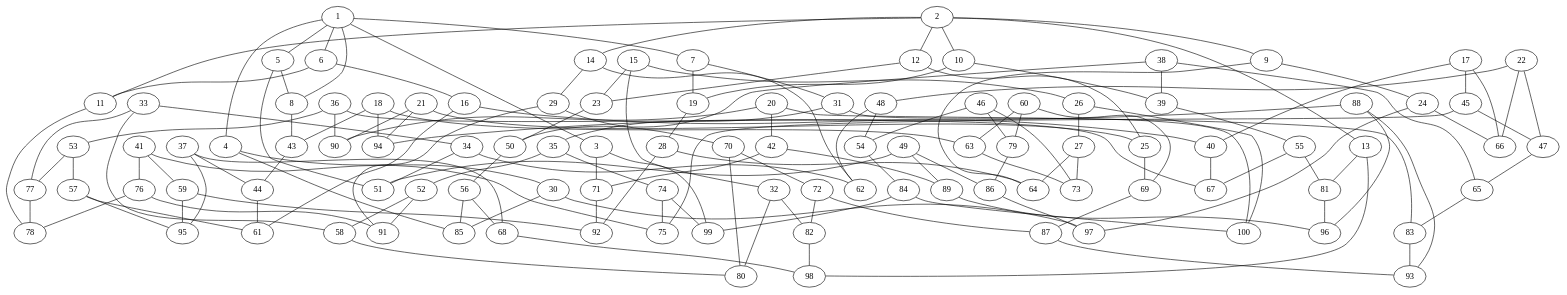
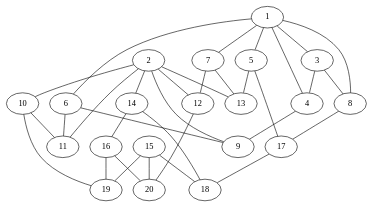
One commit to markusju/ava-u2 changed the diagram in file.dot. Above: the diagram before and after it, drawn with Graphviz. The commit also changed 9 other files, not shown here.

```diff
--- a/file.dot
+++ b/file.dot
@@ -1,155 +1,35 @@
 graph G {
-9 -- 24;
-81 -- 96;
-32 -- 80;
-32 -- 82;
-41 -- 59;
-65 -- 83;
-17 -- 40;
-33 -- 58;
-17 -- 45;
-26 -- 27;
-74 -- 75;
-41 -- 75;
-41 -- 76;
-49 -- 86;
-50 -- 56;
-57 -- 95;
+10 -- 11;
+14 -- 16;
+6 -- 9;
+16 -- 19;
+14 -- 18;
+16 -- 20;
+4 -- 9;
+6 -- 11;
 2 -- 9;
 2 -- 10;
-49 -- 89;
+12 -- 20;
 2 -- 11;
+8 -- 17;
 10 -- 19;
-24 -- 97;
 2 -- 12;
 2 -- 13;
 2 -- 14;
-25 -- 69;
-33 -- 77;
-82 -- 98;
-17 -- 66;
-34 -- 51;
-58 -- 80;
-9 -- 64;
-18 -- 43;
-74 -- 99;
-34 -- 62;
-10 -- 39;
-42 -- 71;
-43 -- 44;
-19 -- 28;
-83 -- 93;
-18 -- 63;
-42 -- 89;
-35 -- 52;
-59 -- 92;
-76 -- 78;
-60 -- 63;
-59 -- 95;
-27 -- 64;
-52 -- 58;
-35 -- 74;
-60 -- 69;
-26 -- 100;
-12 -- 23;
-18 -- 94;
-12 -- 25;
-27 -- 73;
-76 -- 91;
-84 -- 99;
-84 -- 100;
-36 -- 53;
-44 -- 61;
-60 -- 79;
-20 -- 42;
-4 -- 30;
-68 -- 98;
-36 -- 67;
-77 -- 78;
-45 -- 47;
-5 -- 8;
-11 -- 78;
-3 -- 71;
-21 -- 25;
-28 -- 64;
-53 -- 57;
-37 -- 44;
-52 -- 91;
-69 -- 87;
-36 -- 90;
-53 -- 77;
-45 -- 75;
-20 -- 83;
-37 -- 68;
-3 -- 99;
-28 -- 92;
-38 -- 39;
-70 -- 72;
-6 -- 11;
-20 -- 90;
-46 -- 54;
-29 -- 70;
-6 -- 16;
-70 -- 80;
-86 -- 97;
-38 -- 50;
-5 -- 51;
-14 -- 29;
-4 -- 85;
-22 -- 47;
-22 -- 48;
-37 -- 95;
-38 -- 65;
-46 -- 73;
-29 -- 91;
-54 -- 84;
-46 -- 79;
-13 -- 81;
-31 -- 35;
-21 -- 90;
-87 -- 93;
-79 -- 86;
-15 -- 23;
-21 -- 94;
-63 -- 73;
-15 -- 26;
-7 -- 19;
-22 -- 66;
-55 -- 67;
-14 -- 62;
-39 -- 55;
-15 -- 32;
-47 -- 65;
-13 -- 98;
-71 -- 92;
-30 -- 85;
-7 -- 31;
-55 -- 81;
-23 -- 50;
-30 -- 97;
-88 -- 93;
-48 -- 54;
-88 -- 94;
-88 -- 96;
-72 -- 82;
-56 -- 68;
-48 -- 62;
-72 -- 87;
-16 -- 40;
-40 -- 67;
-56 -- 85;
-33 -- 34;
+3 -- 4;
+17 -- 18;
 1 -- 3;
-49 -- 51;
 1 -- 4;
-8 -- 43;
+15 -- 18;
 1 -- 5;
-57 -- 61;
+15 -- 19;
 1 -- 6;
-31 -- 100;
+3 -- 8;
+7 -- 12;
+15 -- 20;
 1 -- 7;
+7 -- 13;
 1 -- 8;
-89 -- 96;
-24 -- 66;
-16 -- 61;
+5 -- 13;
+5 -- 17;
 }
```
